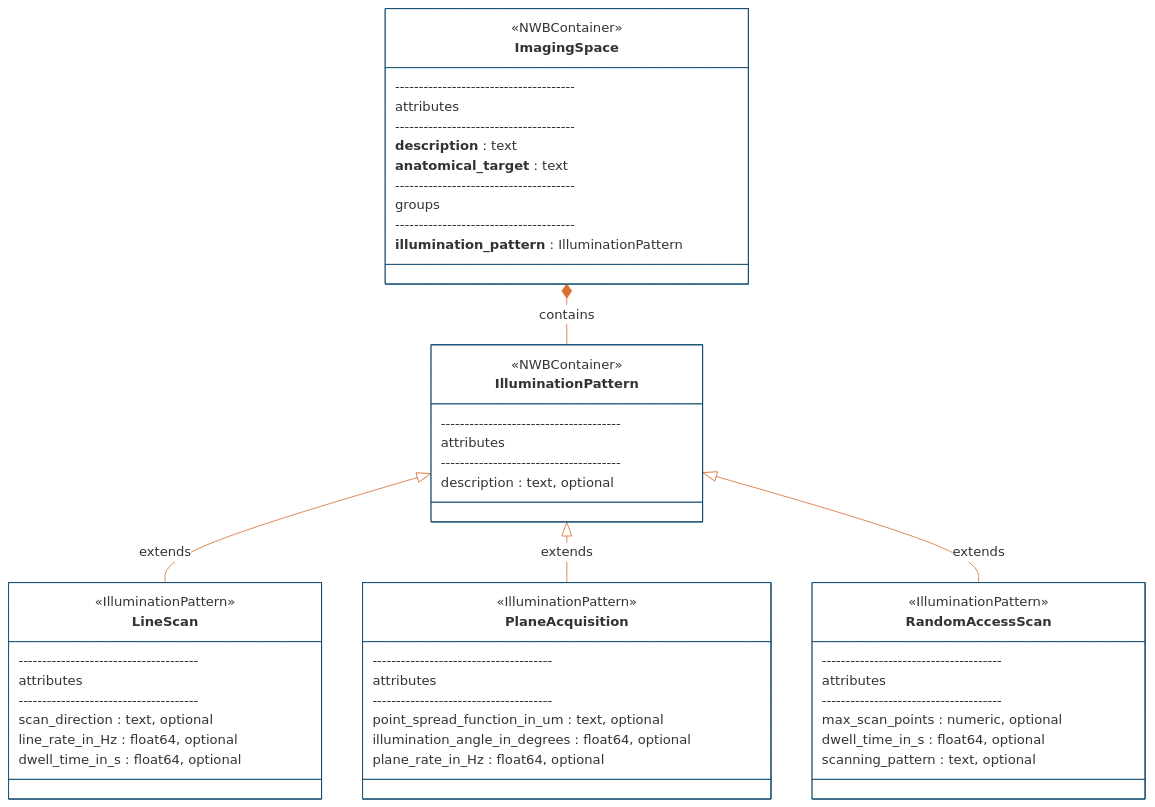
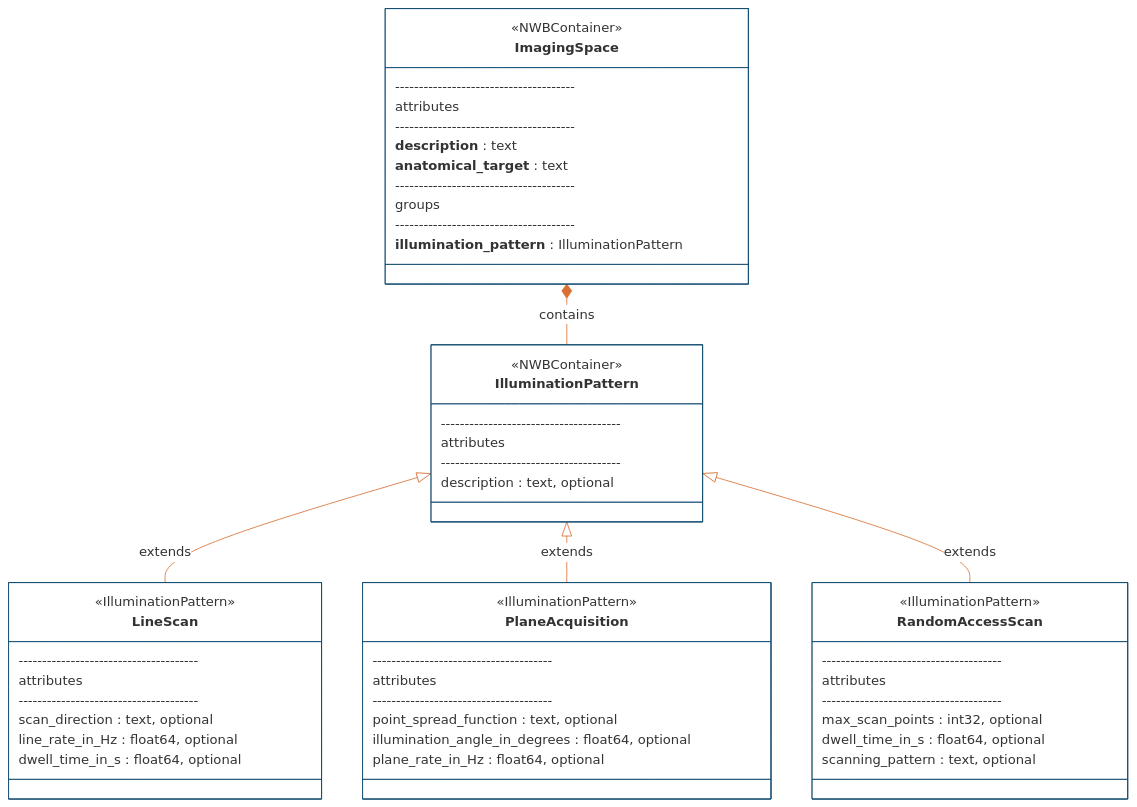
The second of 4 diagrams in README.md (catalystneuro/ndx-microscopy), drawn with Mermaid before and after one commit. The commit also changed 8 other files, not shown here.

````diff
--- a/README.md
+++ b/README.md
@@ -176,62 +176,62 @@
 ```mermaid
 %%{init: {'theme': 'base', 'themeVariables': {'primaryColor': '#ffffff', 'primaryBorderColor': '#144E73', 'lineColor': '#D96F32'}}}%%
 
 classDiagram
     direction TB
 
     class IlluminationPattern {
         <<NWBContainer>>
         --------------------------------------
         attributes
         --------------------------------------
         description : text, optional
     }
 
     class LineScan {
         <<IlluminationPattern>>
         --------------------------------------
         attributes
         --------------------------------------
         scan_direction : text, optional
         line_rate_in_Hz : float64, optional
         dwell_time_in_s : float64, optional
     }
 
     class PlaneAcquisition {
         <<IlluminationPattern>>
         --------------------------------------
         attributes
         --------------------------------------
-        point_spread_function_in_um : text, optional
+        point_spread_function : text, optional
         illumination_angle_in_degrees : float64, optional
         plane_rate_in_Hz : float64, optional
     }
 
     class RandomAccessScan {
         <<IlluminationPattern>>
         --------------------------------------
         attributes
         --------------------------------------
-        max_scan_points : numeric, optional
+        max_scan_points : int32, optional
         dwell_time_in_s : float64, optional
         scanning_pattern : text, optional
     }
 
     class ImagingSpace {
         <<NWBContainer>>
         --------------------------------------
         attributes
         --------------------------------------
         **description** : text
         **anatomical_target** : text
         --------------------------------------
         groups
         --------------------------------------
         **illumination_pattern** : IlluminationPattern
     }
 
     IlluminationPattern <|-- LineScan : extends
     IlluminationPattern <|-- PlaneAcquisition : extends
     IlluminationPattern <|-- RandomAccessScan : extends
     ImagingSpace *-- IlluminationPattern : contains
 ```
````
